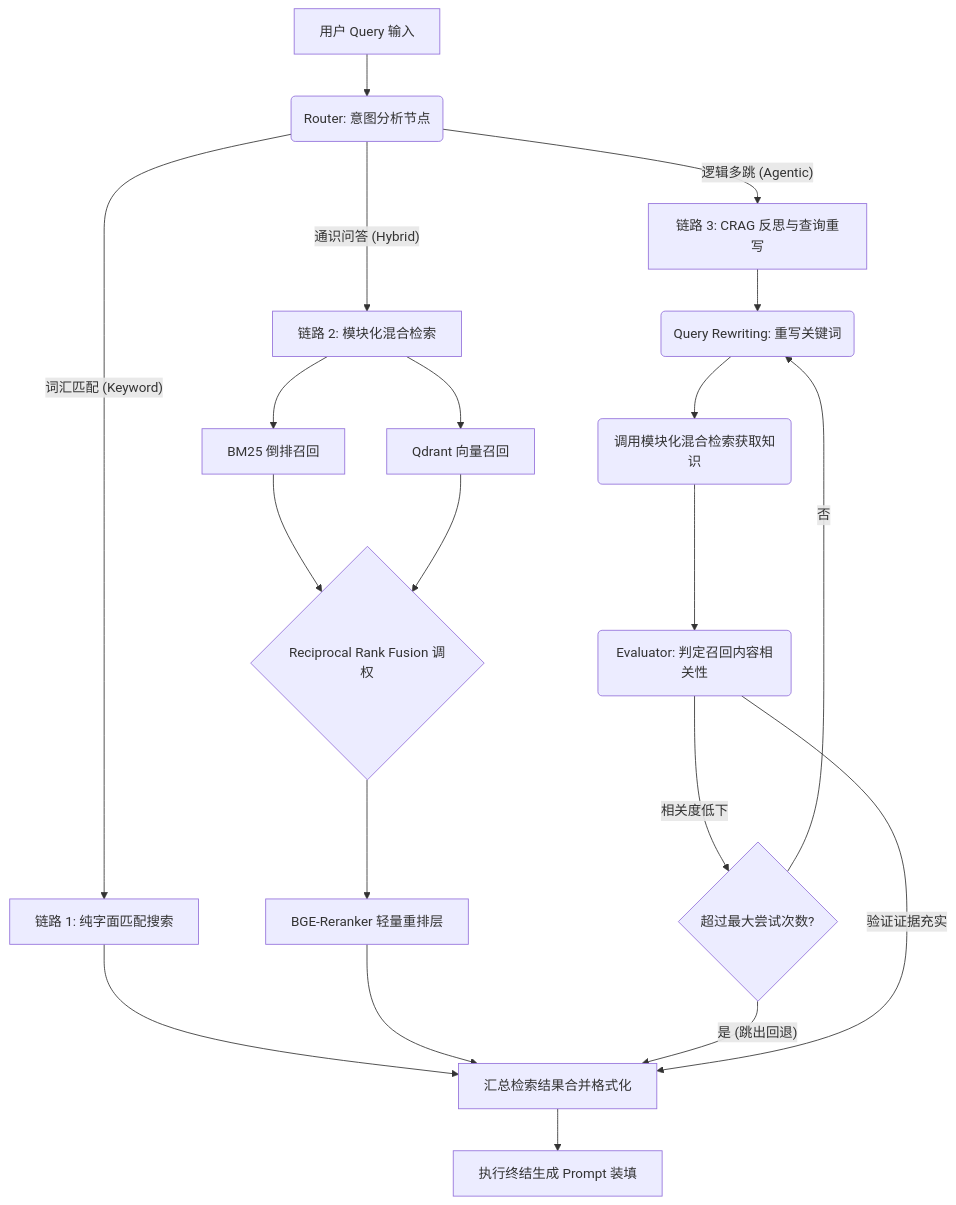
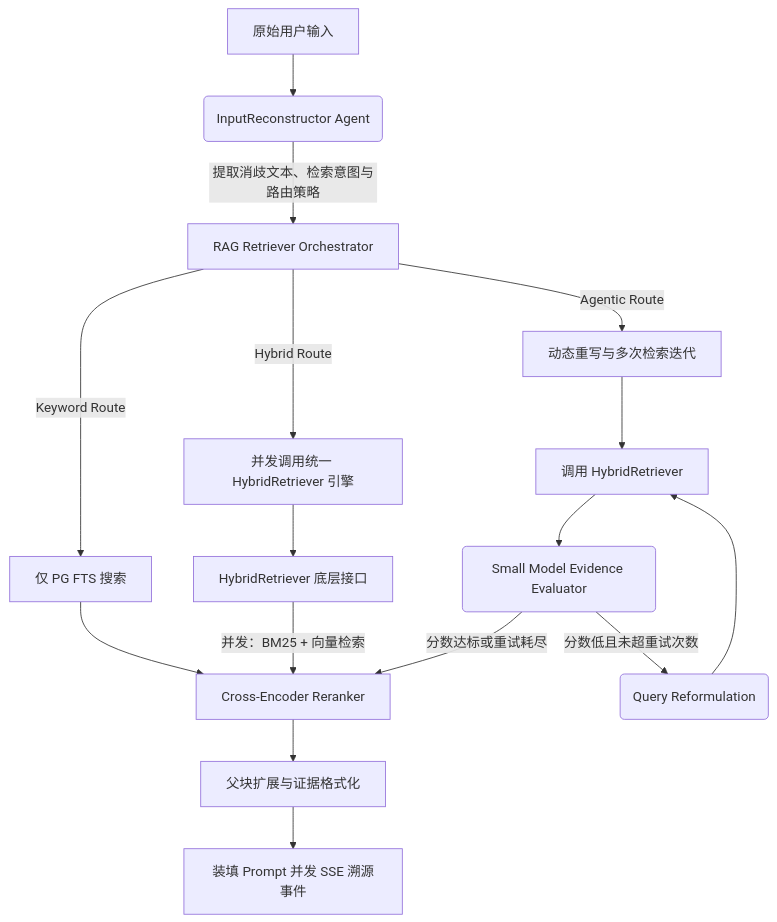
The diagram in backend/docs/plans/phase7_backend_plan.md (xie480/Luna-AI), drawn with Mermaid before and after one commit. The commit also changed other lines of this file and 7 other files, not shown here.

````diff
--- a/backend/docs/plans/phase7_backend_plan.md
+++ b/backend/docs/plans/phase7_backend_plan.md
@@ -101,27 +101,24 @@
 ```mermaid
 graph TD
-    Query[用户 Query 输入] --> RouterNode(Router: 意图分析节点)
+    Query[原始用户输入] --> ReconAgent(InputReconstructor Agent)
     
-    RouterNode -- "词汇匹配 (Keyword)" --> Pipe1[链路 1: 纯字面匹配搜索]
-    RouterNode -- "通识问答 (Hybrid)" --> Pipe2[链路 2: 模块化混合检索]
-    RouterNode -- "逻辑多跳 (Agentic)" --> Pipe3[链路 3: CRAG 反思与查询重写]
+    ReconAgent --> |"提取消歧文本、检索意图与路由策略"| Router[RAG Retriever Orchestrator]
     
-    Pipe1 --> Merit[汇总检索结果合并格式化]
+    Router -- "Keyword Route" --> Pipe1[仅 PG FTS 搜索]
+    Router -- "Hybrid Route" --> Pipe2[并发调用统一 HybridRetriever 引擎]
+    Router -- "Agentic Route" --> Pipe3[动态重写与多次检索迭代]
     
-    Pipe2 --> BM25[BM25 倒排召回]
-    Pipe2 --> Dense[Qdrant 向量召回]
-    BM25 --> RRF{Reciprocal Rank Fusion 调权}
-    Dense --> RRF
-    RRF --> Reranker[BGE-Reranker 轻量重排层]
-    Reranker --> Merit
+    Pipe1 --> Rerank[Cross-Encoder Reranker]
     
-    Pipe3 --> RewriteNode(Query Rewriting: 重写关键词)
-    RewriteNode --> Pipe2Call(调用模块化混合检索获取知识)
-    Pipe2Call --> EvaluatorNode(Evaluator: 判定召回内容相关性)
-    EvaluatorNode -- "相关度低下" --> MaxRetry{超过最大尝试次数?}
-    MaxRetry -- "否" --> RewriteNode
-    MaxRetry -- "是 (跳出回退)" --> Merit
-    EvaluatorNode -- "验证证据充实" --> Merit
+    Pipe2 --> Retriever[HybridRetriever 底层接口]
+    Retriever --> |"并发：BM25 + 向量检索"| Rerank
     
-    Merit --> Generate[执行终结生成 Prompt 装填]
+    Pipe3 --> RetrieverCall[调用 HybridRetriever]
+    RetrieverCall --> Evaluator(Small Model Evidence Evaluator)
+    Evaluator -- "分数低且未超重试次数" --> Rewrite(Query Reformulation)
+    Rewrite --> RetrieverCall
+    Evaluator -- "分数达标或重试耗尽" --> Rerank
+    
+    Rerank --> Expand[父块扩展与证据格式化]
+    Expand --> Output[装填 Prompt 并发 SSE 溯源事件]
 ```
````
